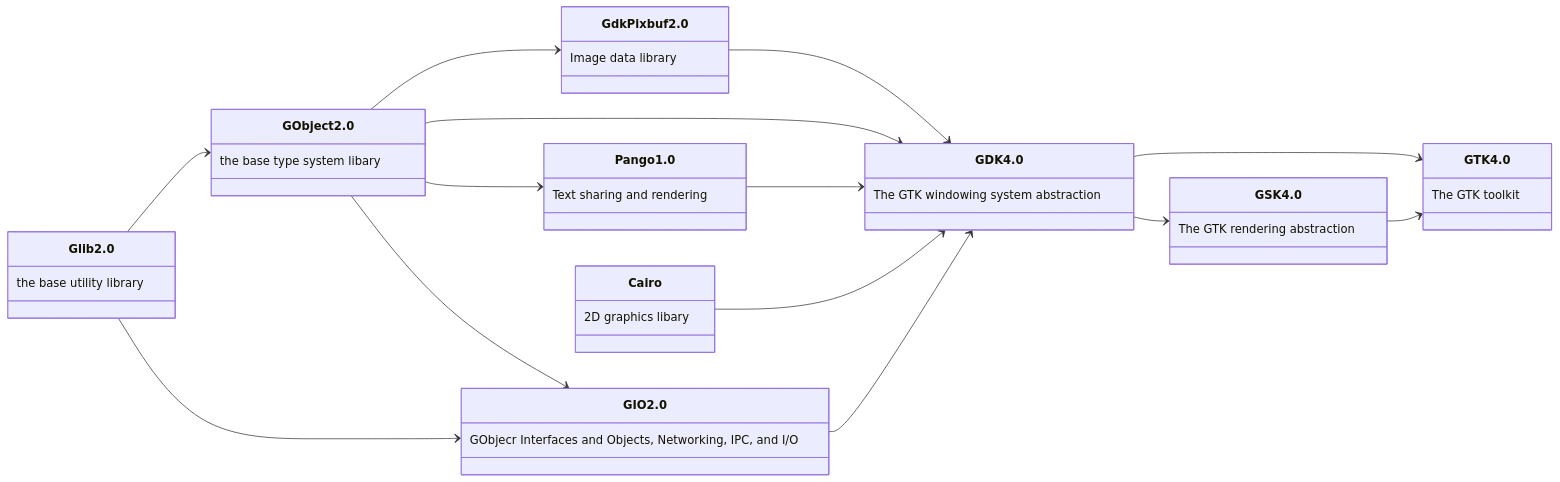
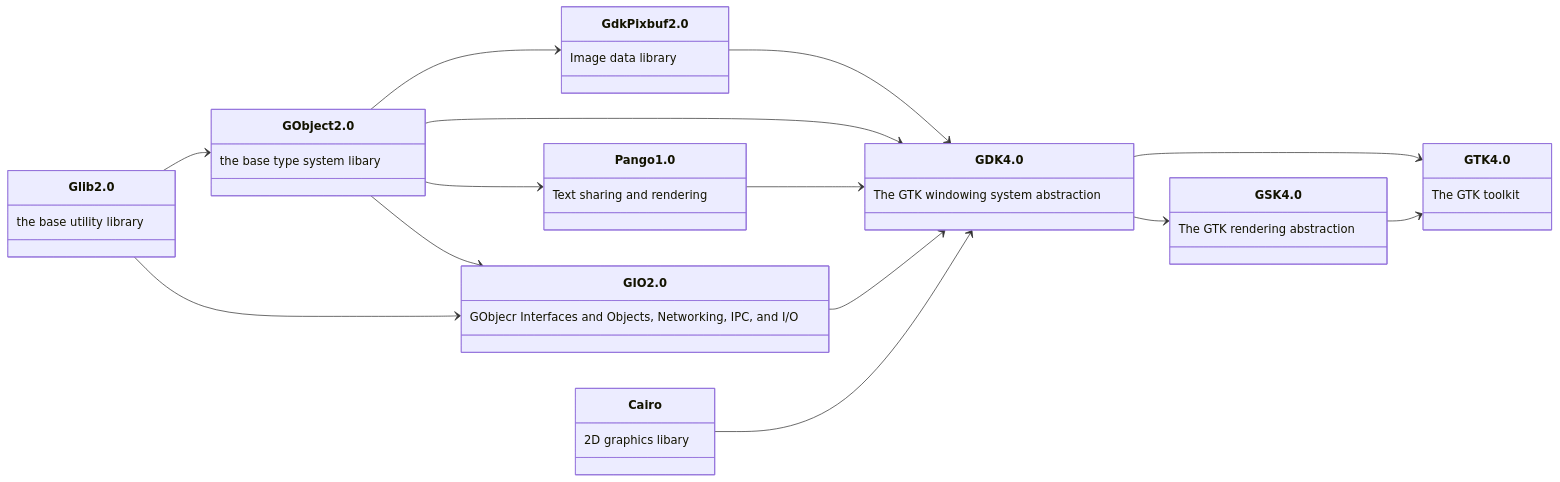
Before and after one commit to sechshelme/Lazarus-GNOME-GTK4-Packages_and_Examples: the diagram in readme.md, drawn with Mermaid. The commit also changed other lines of this file, not shown here.

````diff
--- a/readme.md
+++ b/readme.md
@@ -40,27 +40,27 @@
 ```mermaid
 classDiagram
 direction RL
 Glib 2.0:the base utility library
 GObject 2.0:the base type system libary
 GIO 2.0:GObjecr Interfaces and Objects, Networking, IPC, and I/O
 GdkPixbuf 2.0:Image data library
 Pango 1.0:Text sharing and rendering
 GDK 4.0:The GTK windowing system abstraction
 GSK 4.0:The GTK rendering abstraction
 GTK 4.0:The GTK toolkit
 Cairo:2D graphics libary
 
 GObject 2.0<--Glib 2.0
 GIO 2.0<--GObject 2.0
 GIO 2.0<--Glib 2.0
 GdkPixbuf 2.0<--GObject 2.0
 Pango 1.0<--GObject 2.0
 GDK 4.0<--GdkPixbuf 2.0
 GDK 4.0<--GObject 2.0
 GDK 4.0<--Pango 1.0
+GDK 4.0<--GIO 2.0
 GDK 4.0<--Cairo
-GDK 4.0<--GIO 2.0
 GSK 4.0<--GDK 4.0
 GTK 4.0<--GDK 4.0
 GTK 4.0<--GSK 4.0
 ```
````
